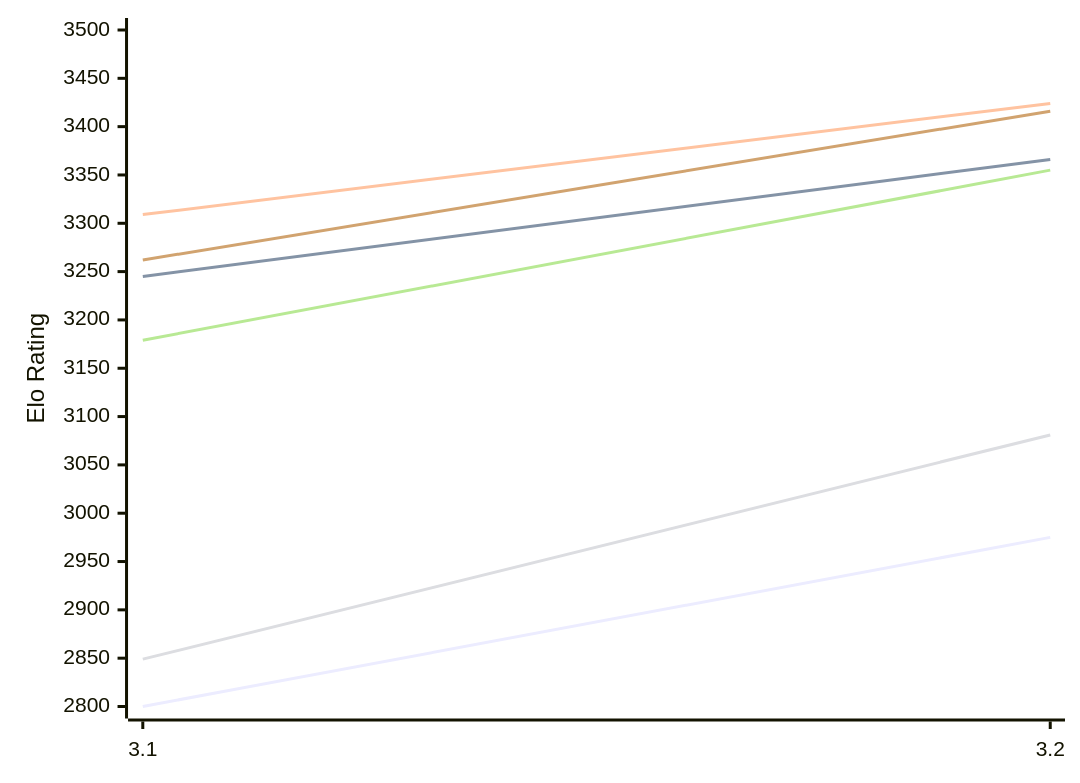
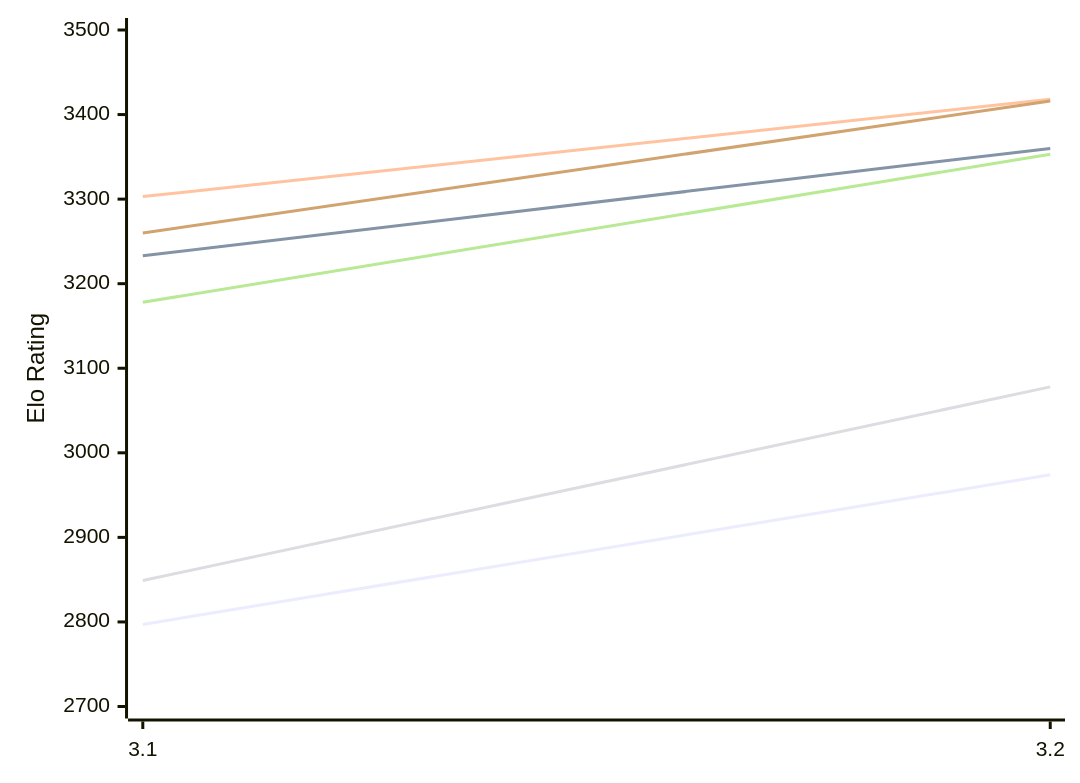
One commit to computer-chess-index/cci changed the first of 2 diagrams in engines/Thrawn.md. Above: the diagram before and after it, drawn with Mermaid. The commit also changed other lines of this file, not shown here.

Commit message:
Update CCI Ratings (ELO VLTC) - 2026-11-26

````diff
--- a/engines/Thrawn.md
+++ b/engines/Thrawn.md
@@ -52,12 +52,12 @@
 ```mermaid
 %%{init: {"theme":"base","themeVariables":{"seriesColors:['#a3a3a3','#222221','#faa371']}}}%%
 xychart-beta
   x-axis ["3.1", "3.2"]
-  y-axis "Elo Rating" 2800 --> 3500
-  line "E1: STC (8.0+0.08s)" [2800, 2975]
-  line "E1: LTC (60.0+0.60s)" [3245, 3366]
-  line "E1: VLTC (2m24s+1.12s)" [3309, 3424]
-  line "P1: STC (8.0+0.08s)" [2849, 3081]
-  line "P1: LTC (60.0+0.60s)" [3179, 3355]
-  line "P1: VLTC (2m24s+1.12s)" [3262, 3416]
+  y-axis "Elo Rating" 2700 --> 3500
+  line "E1: STC (8.0+0.08s)" [2797, 2974]
+  line "E1: LTC (60.0+0.60s)" [3233, 3360]
+  line "E1: VLTC (2m24s+1.12s)" [3303, 3418]
+  line "P1: STC (8.0+0.08s)" [2849, 3078]
+  line "P1: LTC (60.0+0.60s)" [3178, 3353]
+  line "P1: VLTC (2m24s+1.12s)" [3260, 3416]
 ```
````
